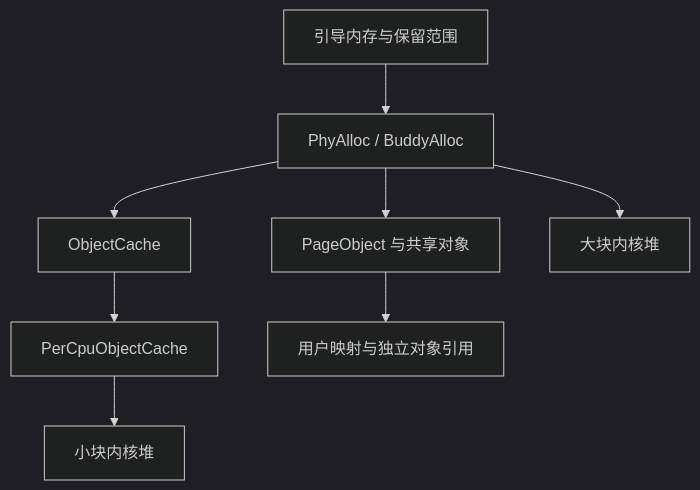
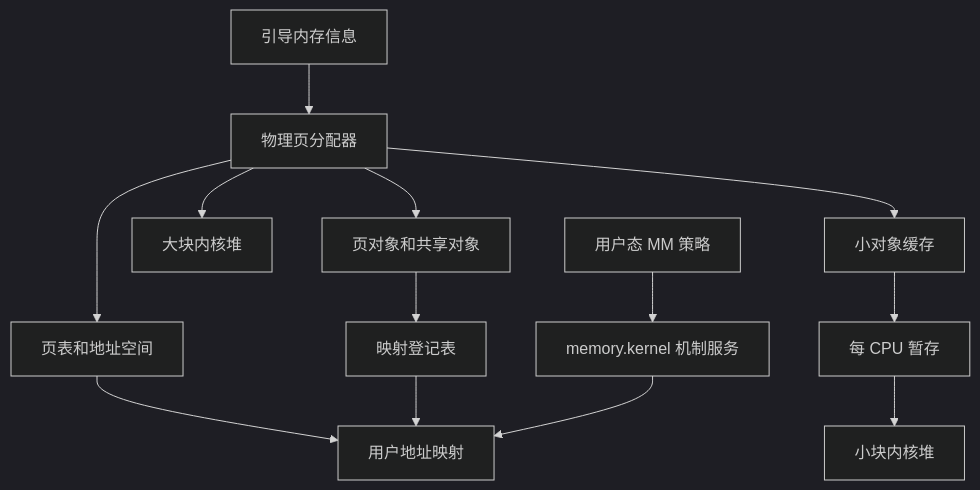
The diagram in docs/x86-64/memory/memory.md (kumosya/info), drawn with Mermaid (dark theme) before and after one commit. The commit also changed other lines of this file and 626 other files, not shown here.

````diff
--- a/docs/x86-64/memory/memory.md
+++ b/docs/x86-64/memory/memory.md
@@ -32,10 +83,15 @@
 ```mermaid
 flowchart TD
-    Boot[引导内存与保留范围] --> Phy[PhyAlloc / BuddyAlloc]
-    Phy --> Obj[PageObject 与共享对象]
-    Phy --> Slab[ObjectCache]
-    Slab --> Cpu[PerCpuObjectCache]
+    Boot[引导内存信息] --> Phy[物理页分配器]
+    Phy --> Tables[页表和地址空间]
+    Phy --> Slab[小对象缓存]
+    Slab --> Cpu[每 CPU 暂存]
     Cpu --> Heap[小块内核堆]
     Phy --> Large[大块内核堆]
-    Obj --> Map[用户映射与独立对象引用]
+    Phy --> Object[页对象和共享对象]
+    Object --> Registry[映射登记表]
+    Tables --> User[用户地址映射]
+    Registry --> User
+    MM[用户态 MM 策略] --> Service[memory.kernel 机制服务]
+    Service --> User
 ```
````
